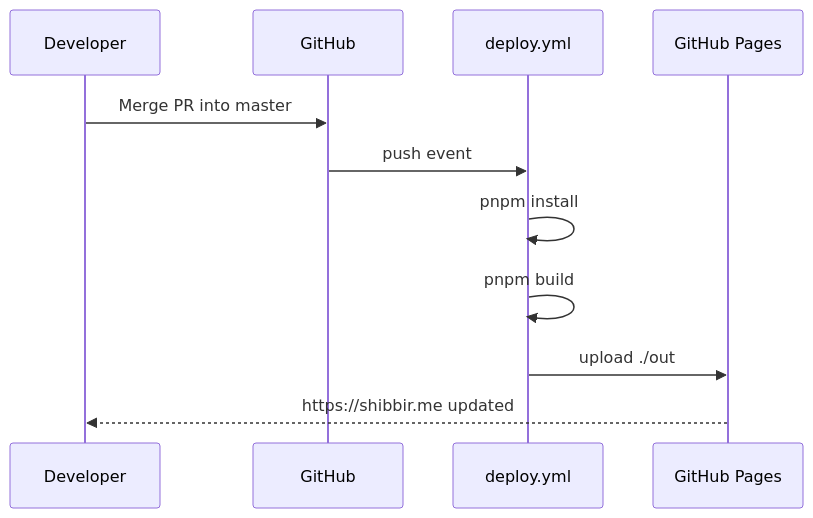
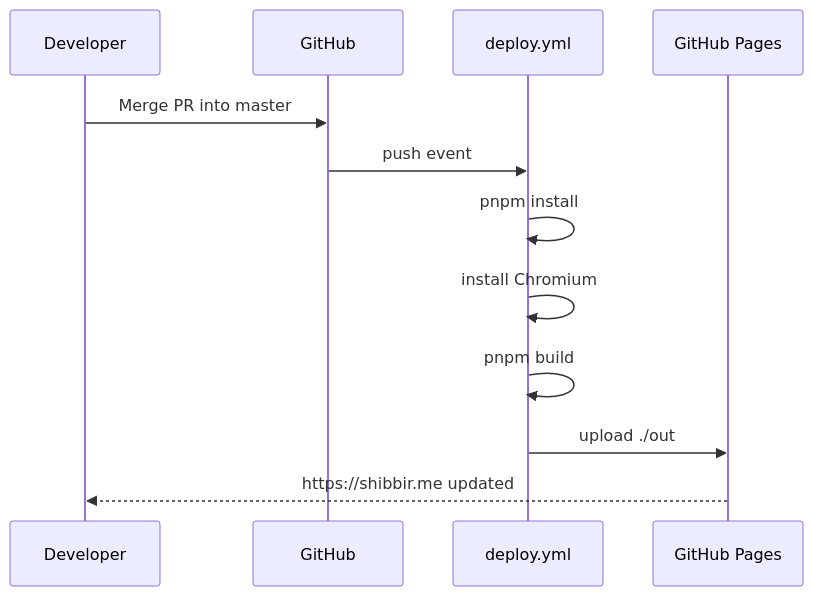
Before and after one commit to shibbirweb/shibbirweb.github.io: the second of 2 diagrams in docs/wiki/Build-and-Deploy.md, drawn with Mermaid. The commit also changed other lines of this file and 22 other files, not shown here.

First line of the commit message:
feat(articles): draw reading mode diagram images at build time

````diff
--- a/docs/wiki/Build-and-Deploy.md
+++ b/docs/wiki/Build-and-Deploy.md
@@ -57,13 +59,14 @@
 ```mermaid
 sequenceDiagram
     participant Dev as Developer
     participant GH as GitHub
     participant CI as deploy.yml
     participant Pages as GitHub Pages
     Dev->>GH: Merge PR into master
     GH->>CI: push event
     CI->>CI: pnpm install
+    CI->>CI: install Chromium
     CI->>CI: pnpm build
     CI->>Pages: upload ./out
     Pages-->>Dev: https://shibbir.me updated
 ```
````
